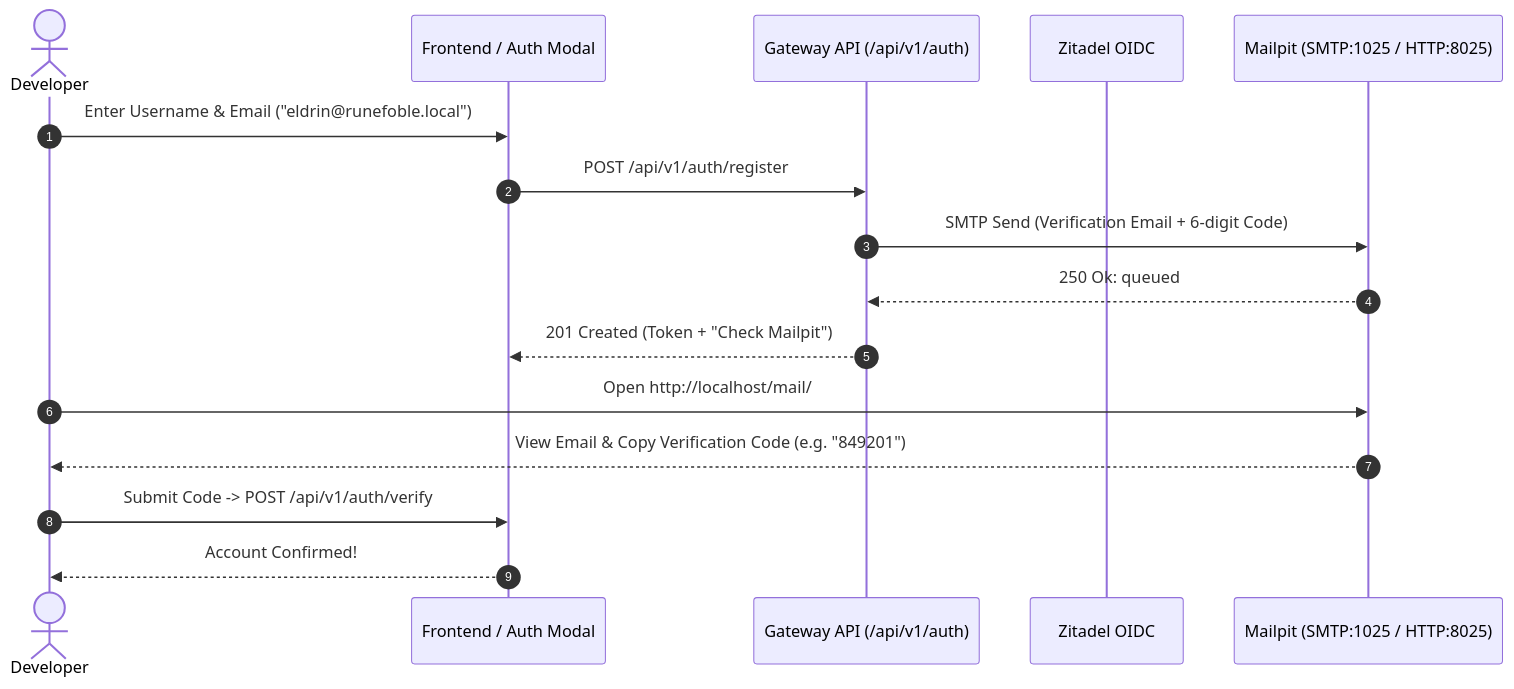
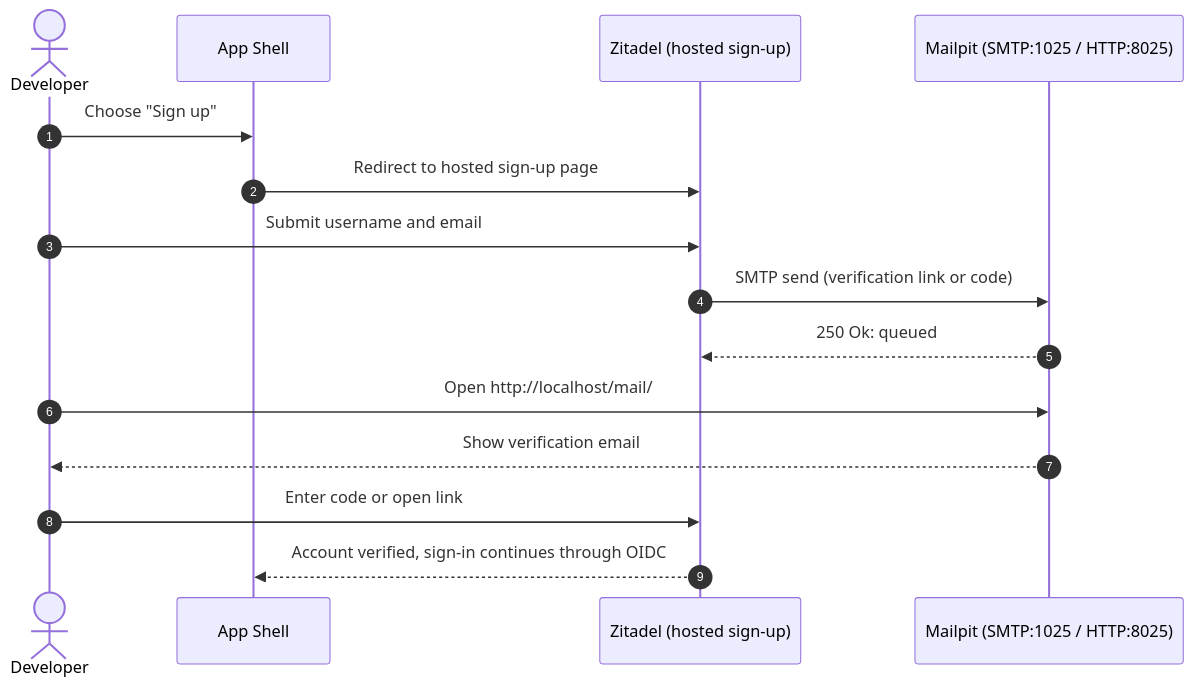
The diagram in docs/how-to/test-email-signups-with-mailpit.md (tyevans/runefoble), drawn with Mermaid before and after one commit. The commit also changed other lines of this file and 3 other files, not shown here.

First line of the commit message:
docs(task-0523): describe Zitadel sign-up mail in Mailpit and drop retired routes

````diff
--- a/docs/how-to/test-email-signups-with-mailpit.md
+++ b/docs/how-to/test-email-signups-with-mailpit.md
@@ -19,19 +18,18 @@
 ```mermaid
 sequenceDiagram
     autonumber
     actor Developer
-    participant UI as Frontend / Auth Modal
-    participant GW as Gateway API (/api/v1/auth)
-    participant ZS as Zitadel OIDC
+    participant App as App Shell
+    participant ZS as Zitadel (hosted sign-up)
     participant MP as Mailpit (SMTP:1025 / HTTP:8025)
 
-    Developer->>UI: Enter Username & Email ("eldrin@runefoble.local")
-    UI->>GW: POST /api/v1/auth/register
-    GW->>MP: SMTP Send (Verification Email + 6-digit Code)
-    MP-->>GW: 250 Ok: queued
-    GW-->>UI: 201 Created (Token + "Check Mailpit")
+    Developer->>App: Choose "Sign up"
+    App->>ZS: Redirect to hosted sign-up page
+    Developer->>ZS: Submit username and email
+    ZS->>MP: SMTP send (verification link or code)
+    MP-->>ZS: 250 Ok: queued
     Developer->>MP: Open http://localhost/mail/
-    MP-->>Developer: View Email & Copy Verification Code (e.g. "849201")
-    Developer->>UI: Submit Code -> POST /api/v1/auth/verify
-    UI-->>Developer: Account Confirmed!
+    MP-->>Developer: Show verification email
+    Developer->>ZS: Enter code or open link
+    ZS-->>App: Account verified, sign-in continues through OIDC
 ```
````
